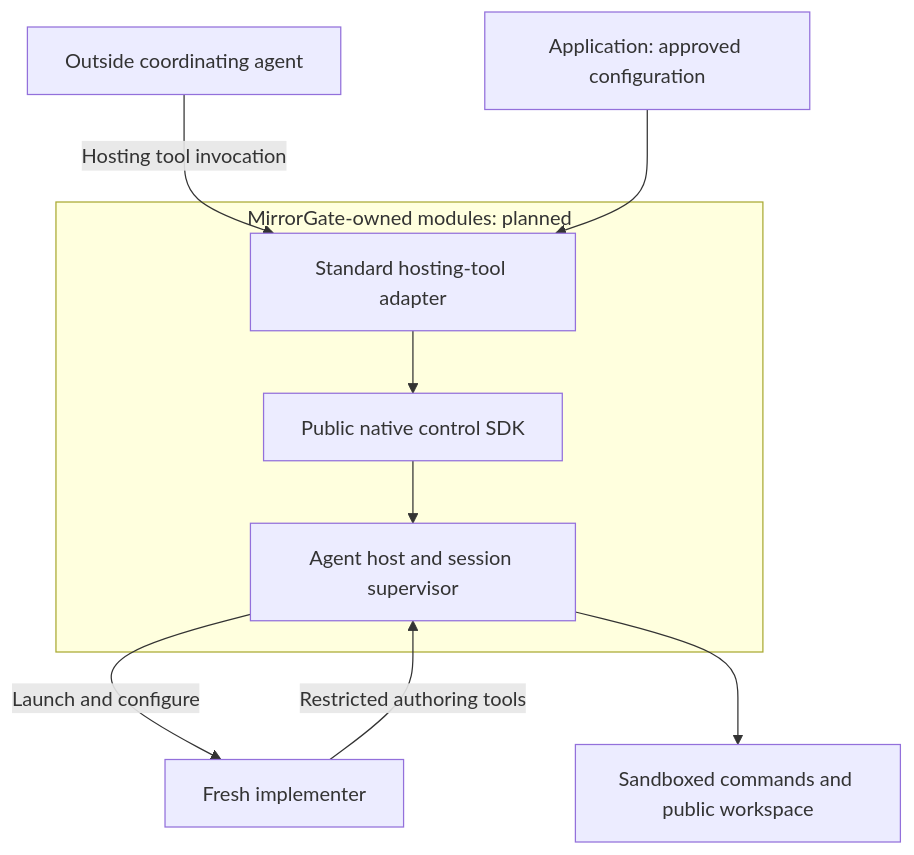
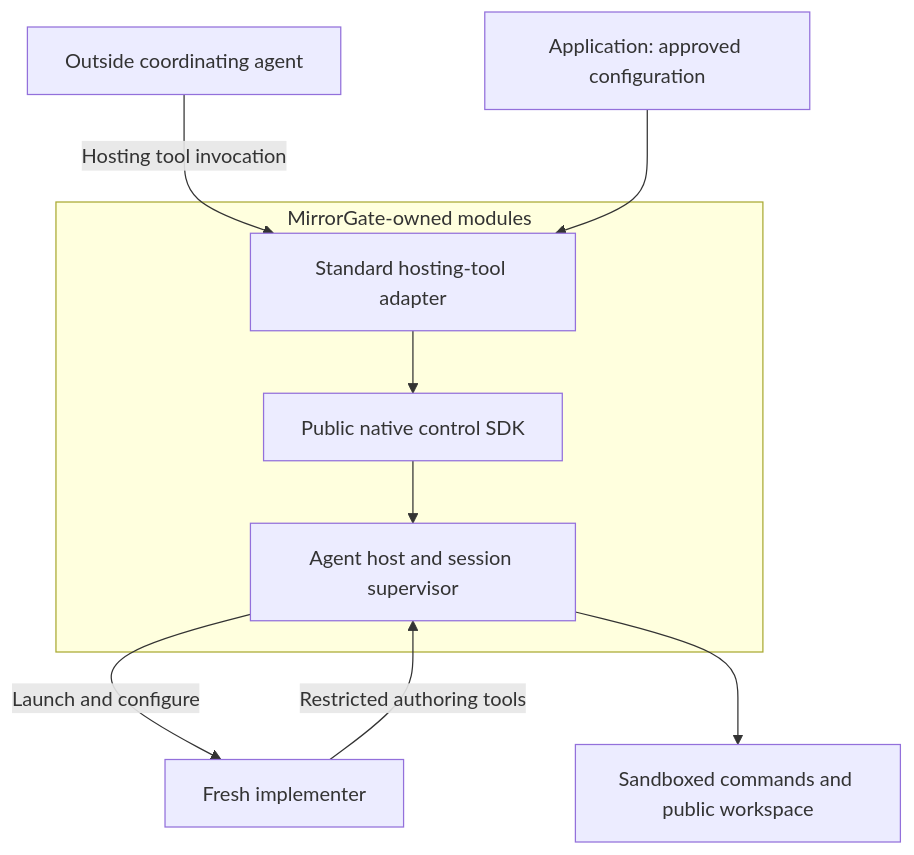
One commit to NzSN/MirrorGate changed the first of 2 diagrams in docs/agent-hosting-design.md. Above: the diagram before and after it, drawn with Mermaid. The commit also changed other lines of this file and 137 other files, not shown here.

````diff
--- a/docs/agent-hosting-design.md
+++ b/docs/agent-hosting-design.md
@@ -167,12 +177,12 @@
 ```mermaid
 flowchart TD
     Outside["Outside coordinating agent"] -->|"Hosting tool invocation"| Adapter
     App["Application: approved configuration"] --> Adapter
-    subgraph Gate["MirrorGate-owned modules: planned"]
+    subgraph Gate["MirrorGate-owned modules"]
         Adapter["Standard hosting-tool adapter"] --> SDK["Public native control SDK"]
         SDK --> Host["Agent host and session supervisor"]
     end
     Host -->|"Launch and configure"| Author["Fresh implementer"]
     Author -->|"Restricted authoring tools"| Host
     Host --> Tools["Sandboxed commands and public workspace"]
 ```
````
